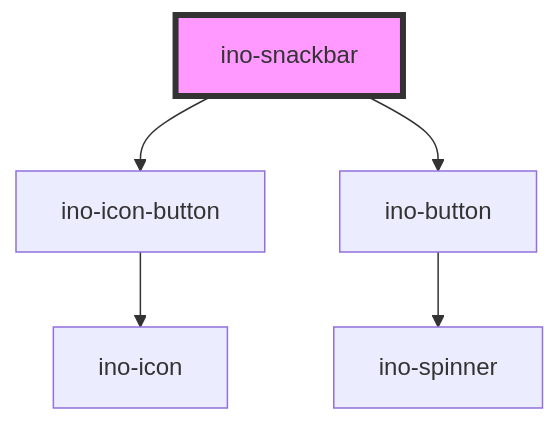
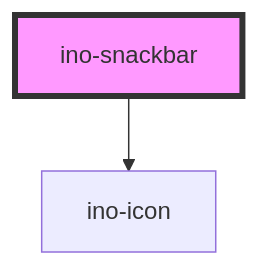
The diagram in packages/elements/src/components/ino-snackbar/readme.md (inovex/elements), drawn with Mermaid before and after one commit. The commit also changed other lines of this file and 8 other files, not shown here.

Commit message:
style(elements|ino-snackbar): update styling

````diff
--- a/packages/elements/src/components/ino-snackbar/readme.md
+++ b/packages/elements/src/components/ino-snackbar/readme.md
@@ -122,8 +121,5 @@
 ```mermaid
 graph TD;
-  ino-snackbar --> ino-icon-button
-  ino-snackbar --> ino-button
-  ino-icon-button --> ino-icon
-  ino-button --> ino-spinner
+  ino-snackbar --> ino-icon
   style ino-snackbar fill:#f9f,stroke:#333,stroke-width:4px
 ```
````
